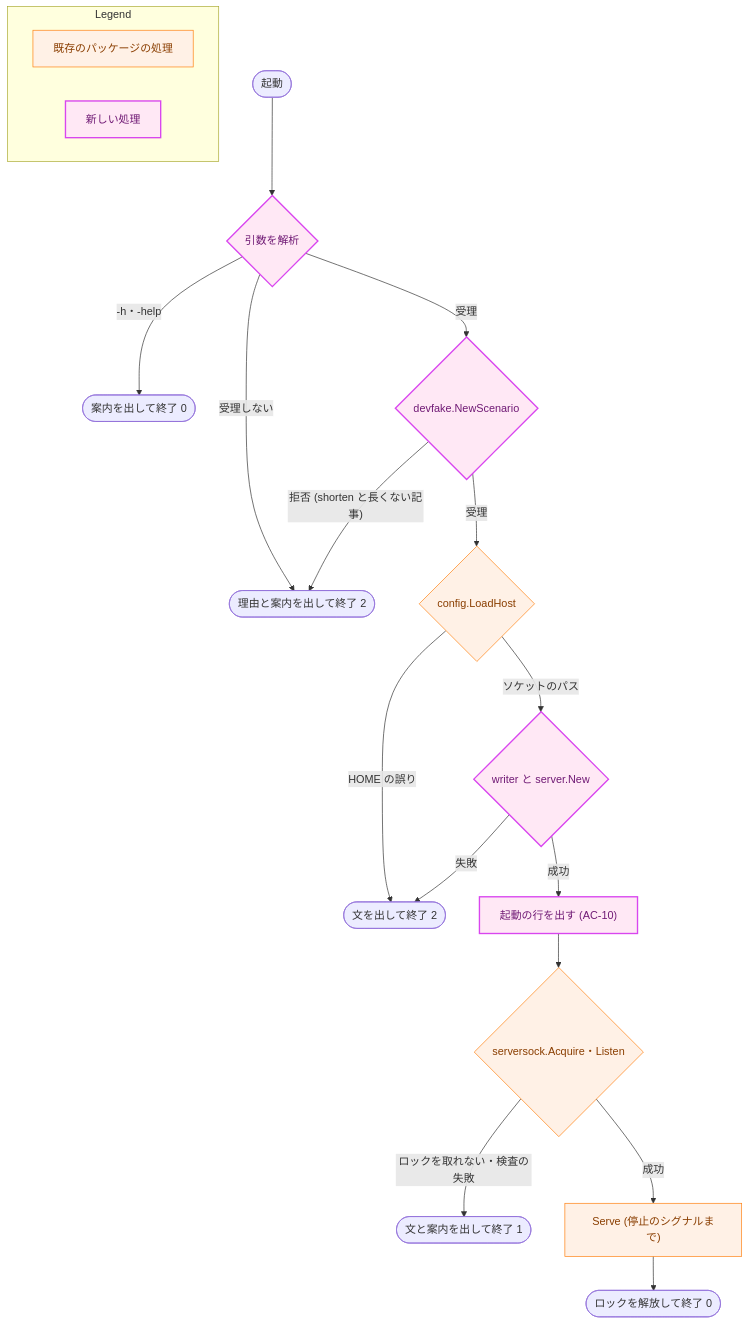
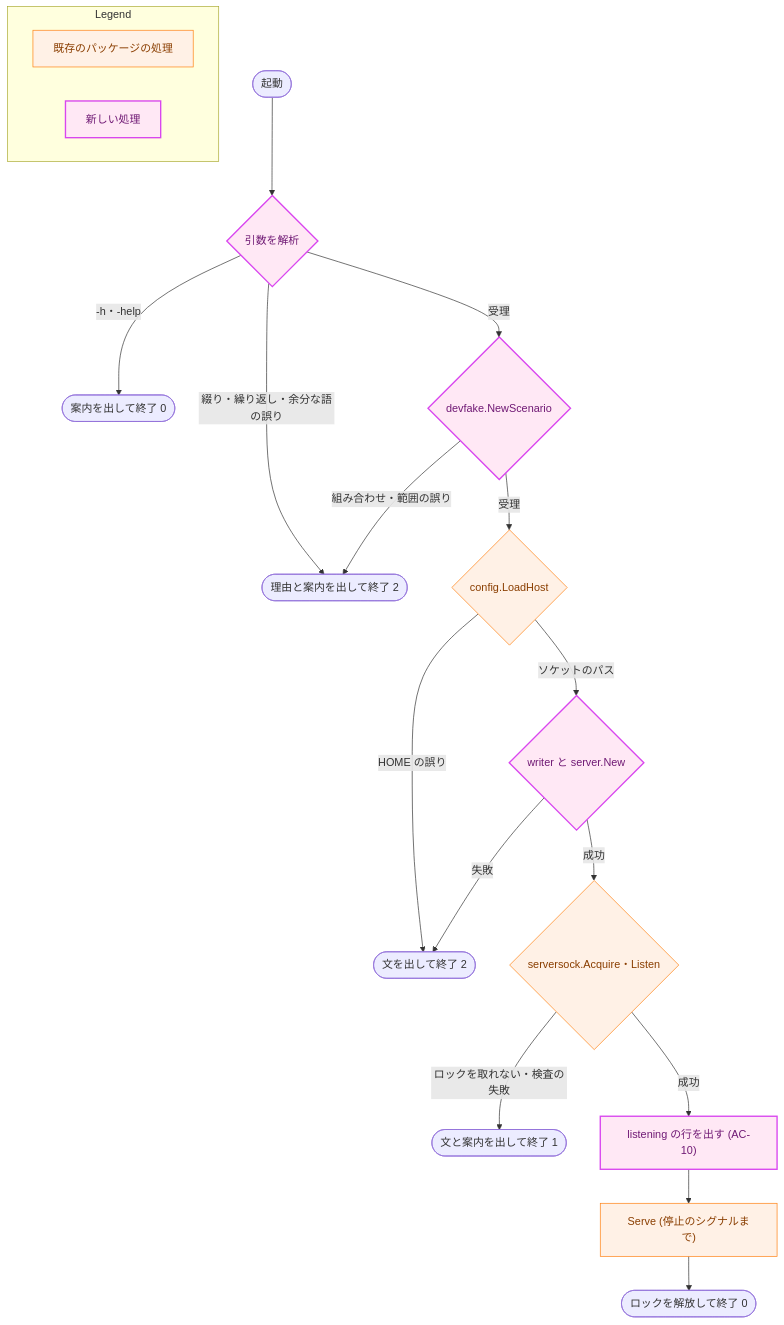
One commit to isseis/yt2column changed the fifth of 6 diagrams in docs/tasks/0086_dev_fake_llm_server/02_architecture.md. Above: the diagram before and after it, drawn with Mermaid. The commit also changed other lines of this file and 1 other file, not shown here.

First line of the commit message:
docs(0086): address the architecture review and the Japanese prose pass

````diff
--- a/docs/tasks/0086_dev_fake_llm_server/02_architecture.md
+++ b/docs/tasks/0086_dev_fake_llm_server/02_architecture.md
@@ -460,30 +488,30 @@
 ```mermaid
 flowchart TD
     classDef process fill:#fff1e6,stroke:#ff7f0e,stroke-width:1px,color:#8a3e00;
     classDef newpkg fill:#ffe8f5,stroke:#d946ef,stroke-width:2px,color:#701a75;
 
     START(["起動"]) --> PARSE{"引数を解析"}
     PARSE -->|"-h・-help"| HELP(["案内を出して終了 0"])
-    PARSE -->|"受理しない"| USAGE(["理由と案内を出して終了 2"])
+    PARSE -->|"綴り・繰り返し・余分な語の誤り"| USAGE(["理由と案内を出して終了 2"])
     PARSE -->|"受理"| SCN{"devfake.NewScenario"}
-    SCN -->|"拒否 (shorten と長くない記事)"| USAGE
+    SCN -->|"組み合わせ・範囲の誤り"| USAGE
     SCN -->|"受理"| HOME{"config.LoadHost"}
     HOME -->|"HOME の誤り"| EXIT2(["文を出して終了 2"])
     HOME -->|"ソケットのパス"| BUILD{"writer と server.New"}
     BUILD -->|"失敗"| EXIT2
-    BUILD -->|"成功"| LINE["起動の行を出す (AC-10)"]
-    LINE --> LOCK{"serversock.Acquire・Listen"}
+    BUILD -->|"成功"| LOCK{"serversock.Acquire・Listen"}
     LOCK -->|"ロックを取れない・検査の失敗"| EXIT1(["文と案内を出して終了 1"])
-    LOCK -->|"成功"| SERVE["Serve (停止のシグナルまで)"]
+    LOCK -->|"成功"| LINE["listening の行を出す (AC-10)"]
+    LINE --> SERVE["Serve (停止のシグナルまで)"]
     SERVE --> STOP(["ロックを解放して終了 0"])
 
     class PARSE,SCN,BUILD,LINE newpkg
     class HOME,LOCK,SERVE process
 
     subgraph Legend["Legend"]
         L1["既存のパッケージの処理"]
         L2["新しい処理"]
     end
     class L1 process
     class L2 newpkg
 ```
````
